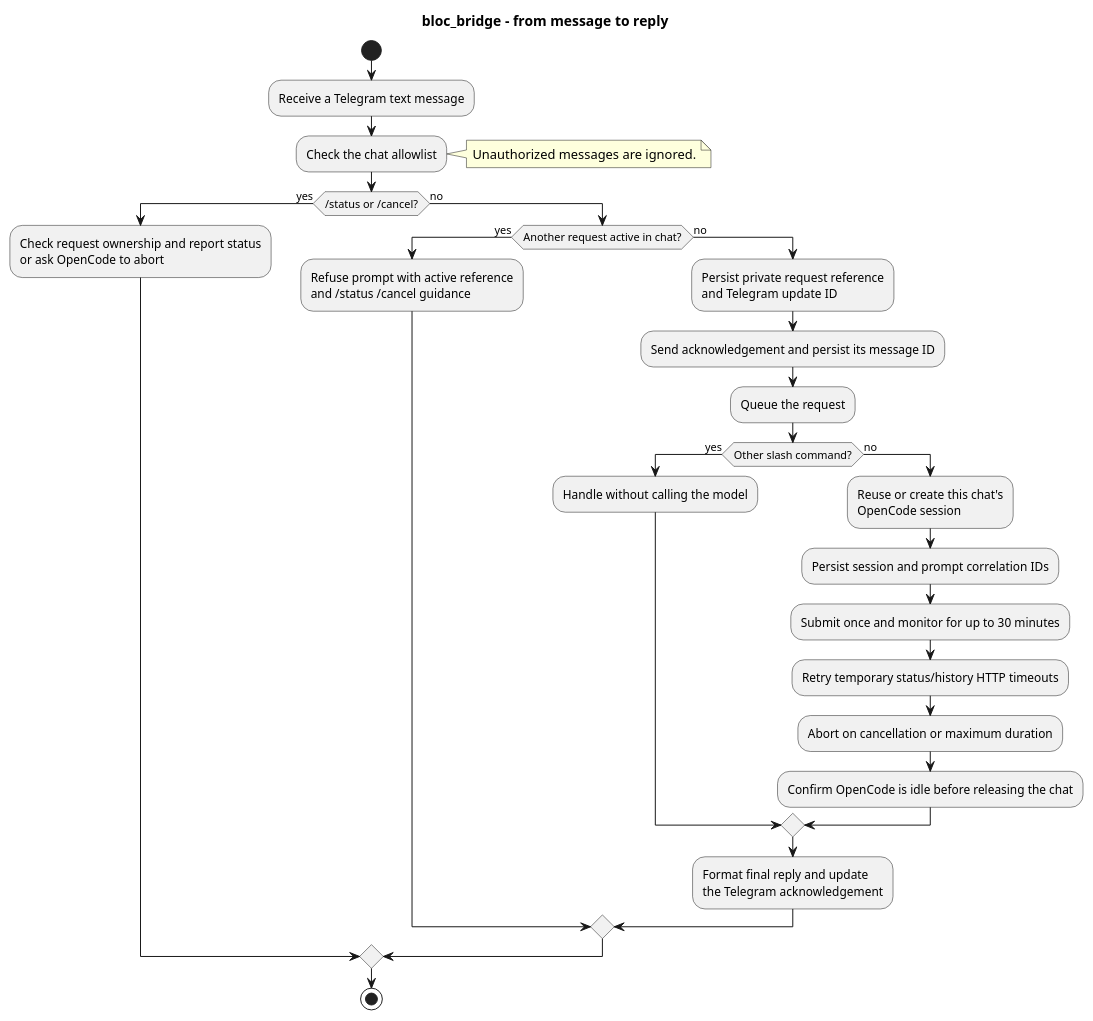
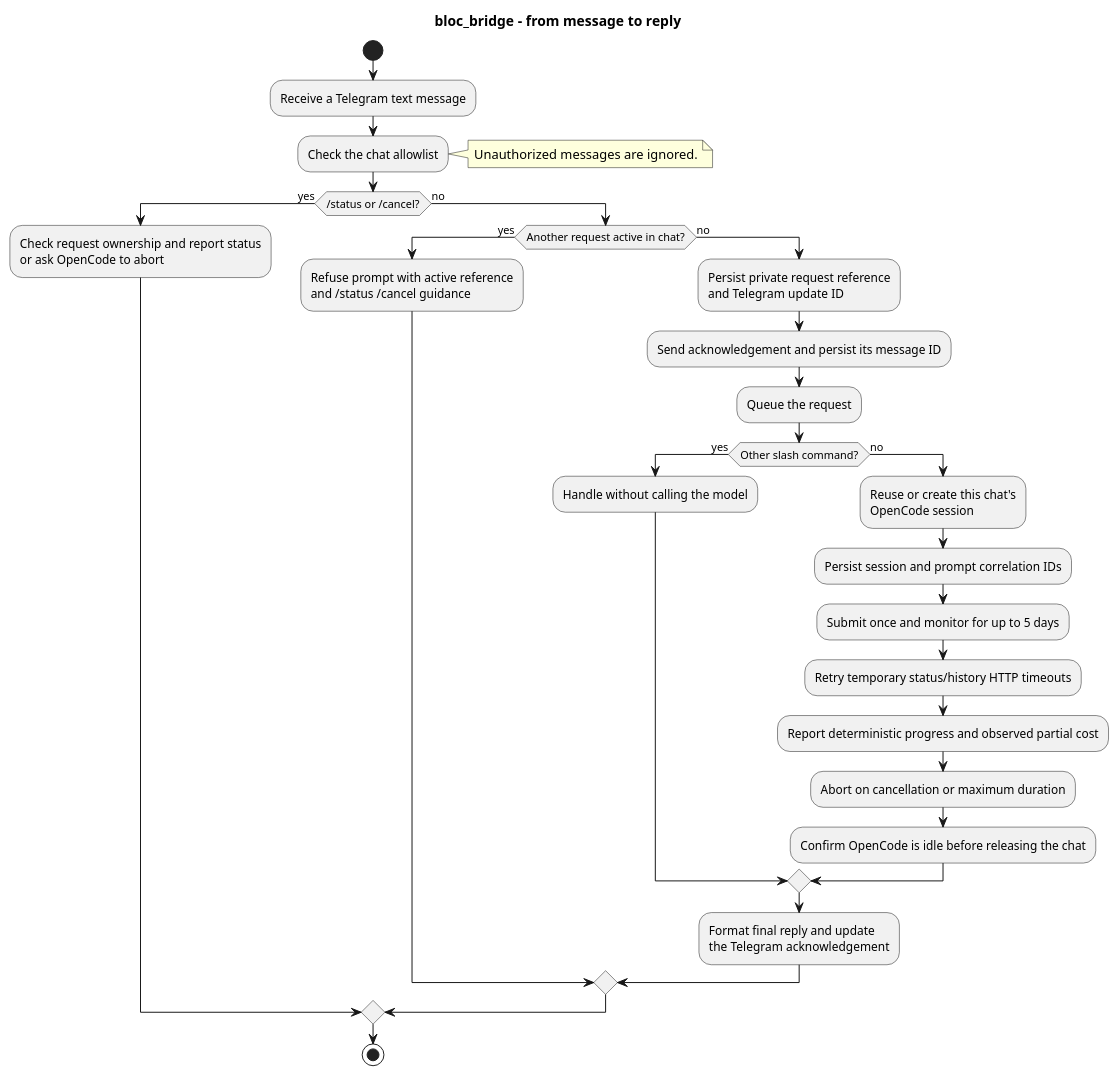
One commit to boly38/bloc changed the diagram in docs/diagrams/bloc_bridge-overview.puml. Above: the diagram before and after it, drawn with PlantUML. The commit also changed 12 other files, not shown here.

```diff
--- a/docs/diagrams/bloc_bridge-overview.puml
+++ b/docs/diagrams/bloc_bridge-overview.puml
@@ -1,34 +1,35 @@
 @startuml
 title bloc_bridge - from message to reply
 skinparam shadowing false
 
 start
 :Receive a Telegram text message;
 :Check the chat allowlist;
 note right
   Unauthorized messages are ignored.
 end note
 if (/status or /cancel?) then (yes)
   :Check request ownership and report status\nor ask OpenCode to abort;
 else (no)
   if (Another request active in chat?) then (yes)
     :Refuse prompt with active reference\nand /status /cancel guidance;
   else (no)
     :Persist private request reference\nand Telegram update ID;
     :Send acknowledgement and persist its message ID;
     :Queue the request;
     if (Other slash command?) then (yes)
       :Handle without calling the model;
     else (no)
       :Reuse or create this chat's\nOpenCode session;
       :Persist session and prompt correlation IDs;
-      :Submit once and monitor for up to 30 minutes;
+      :Submit once and monitor for up to 5 days;
       :Retry temporary status/history HTTP timeouts;
+      :Report deterministic progress and observed partial cost;
       :Abort on cancellation or maximum duration;
       :Confirm OpenCode is idle before releasing the chat;
     endif
     :Format final reply and update\nthe Telegram acknowledgement;
   endif
 endif
 stop
 @enduml
```
